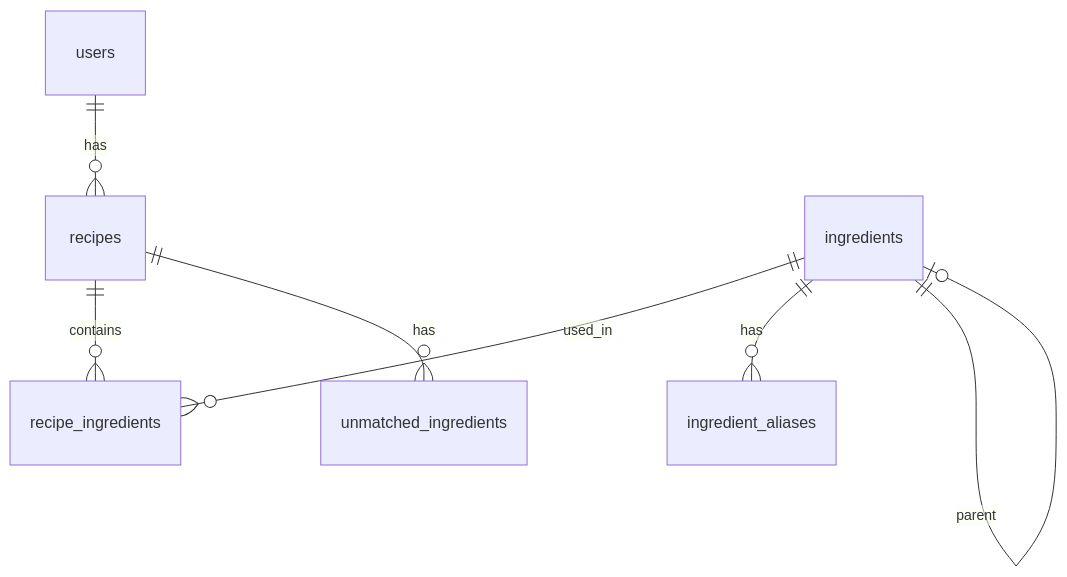
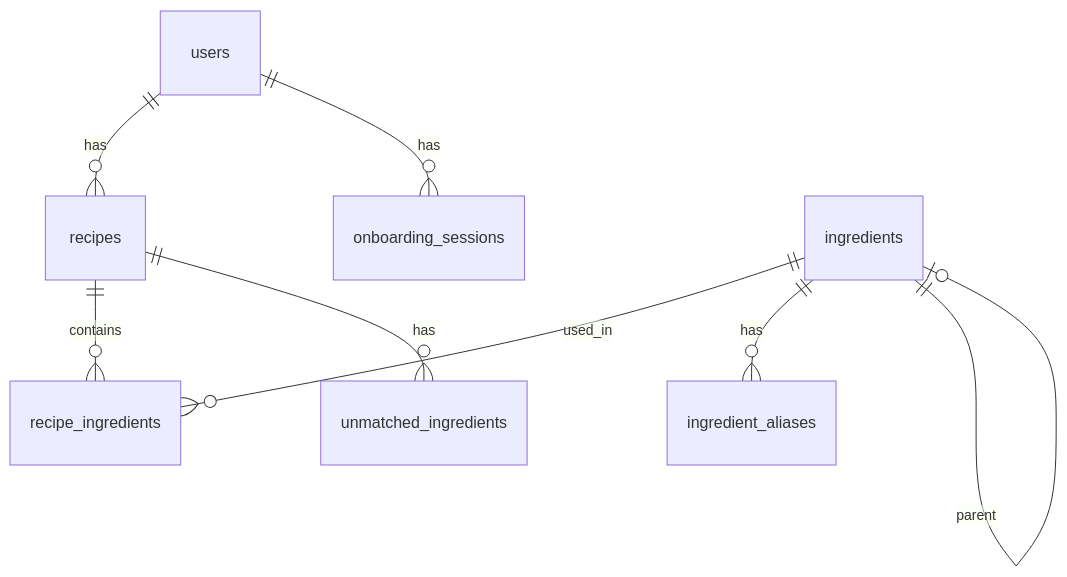
One commit to mktu/recipe-app changed the fourth of 11 diagrams in docs/ARCHITECTURE.md. Above: the diagram before and after it, drawn with Mermaid. The commit also changed 1 other file, not shown here.

Commit message:
docs: ARCHITECTURE.md と DATABASE_DESIGN.md の実装との乖離を修正
- ER図に onboarding_sessions テーブルを追加
- recipes.ingredients_raw の型を JSON → JSONB に修正
- RPC関数一覧に get_popular_ingredients_for_onboarding を追加

````diff
--- a/docs/ARCHITECTURE.md
+++ b/docs/ARCHITECTURE.md
@@ -334,16 +334,18 @@
 ```mermaid
 erDiagram
     users ||--o{ recipes : "has"
+    users ||--o{ onboarding_sessions : "has"
     recipes ||--o{ recipe_ingredients : "contains"
     ingredients ||--o{ recipe_ingredients : "used_in"
     ingredients ||--o{ ingredient_aliases : "has"
     ingredients ||--o| ingredients : "parent"
     recipes ||--o{ unmatched_ingredients : "has"
 
     users
     recipes
     ingredients
     ingredient_aliases
     recipe_ingredients
     unmatched_ingredients
+    onboarding_sessions
 ```
````
